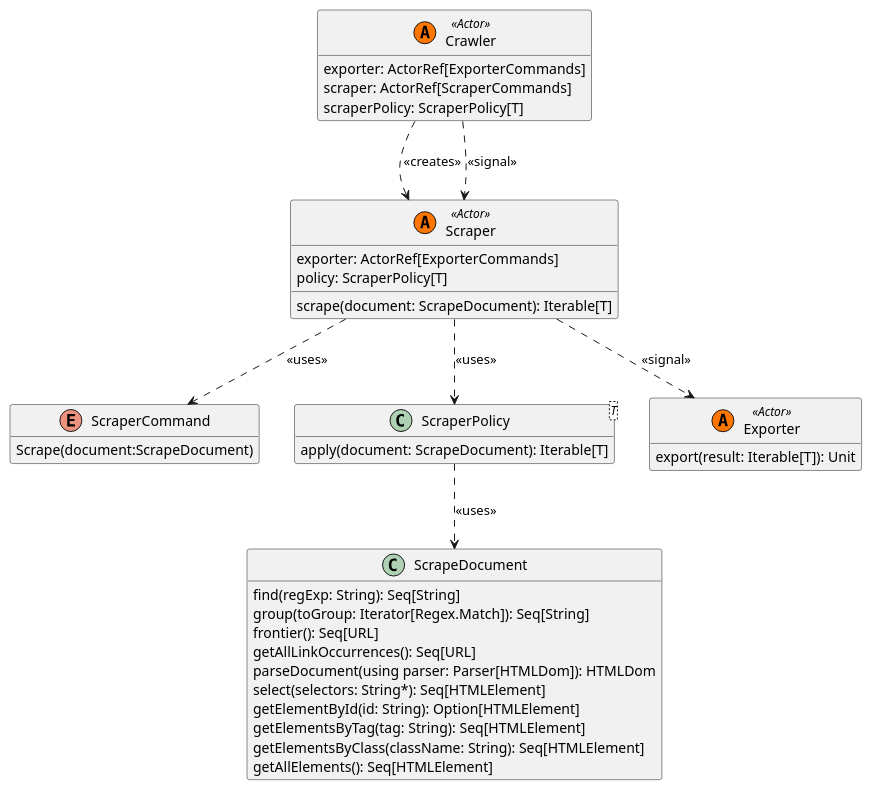
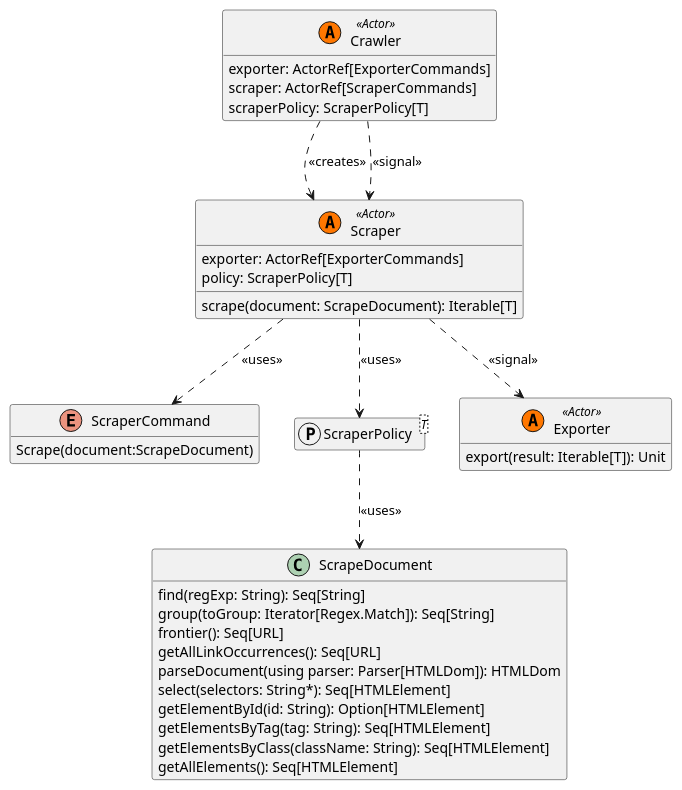
The second of 2 diagrams in Writerside/topics/Scraper.md (PPS-22-Scooby/pps-22-scooby.github.io), drawn with PlantUML before and after one commit. The commit also changed other lines of this file, not shown here.

Commit message:
Fixed Scraper umls

````diff
--- a/Writerside/topics/Scraper.md
+++ b/Writerside/topics/Scraper.md
@@ -26,52 +29,50 @@
 ```plantuml
 
 @startuml Scraper
 hide empty members
 class Crawler<<(A, #FF7700) Actor>> {
     exporter: ActorRef[ExporterCommands]
     scraper: ActorRef[ScraperCommands]
     scraperPolicy: ScraperPolicy[T]
 }
 
 class ScrapeDocument {
     find(regExp: String): Seq[String]
     group(toGroup: Iterator[Regex.Match]): Seq[String]
     frontier(): Seq[URL]
     getAllLinkOccurrences(): Seq[URL]
     parseDocument(using parser: Parser[HTMLDom]): HTMLDom
     select(selectors: String*): Seq[HTMLElement]
     getElementById(id: String): Option[HTMLElement]
     getElementsByTag(tag: String): Seq[HTMLElement]
     getElementsByClass(className: String): Seq[HTMLElement]
     getAllElements(): Seq[HTMLElement]
 }
 
 enum ScraperCommand {
     Scrape(document:ScrapeDocument)
 }
 
-class ScraperPolicy<T> {
-    apply(document: ScrapeDocument): Iterable[T]
-}
+protocol ScraperPolicy<T> 
 
 class Scraper<<(A, #FF7700) Actor>> {
     exporter: ActorRef[ExporterCommands]
     policy: ScraperPolicy[T]
     scrape(document: ScrapeDocument): Iterable[T]
 }
 
 class Exporter<<(A, #FF7700) Actor>> {
     export(result: Iterable[T]): Unit
 }
 
 Scraper ..> ScraperCommand: <<uses>>
 Scraper ..> ScraperPolicy: <<uses>>
 Scraper ..> Exporter: <<signal>>
 
 ScraperPolicy ..> ScrapeDocument: <<uses>>
 
 Crawler ..> Scraper: <<creates>>
 Crawler ..> Scraper: <<signal>>
 
 @enduml
 ```
````
